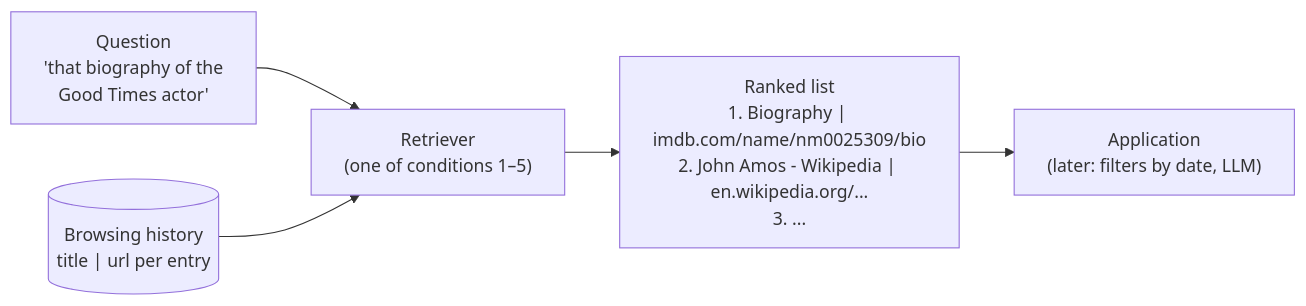
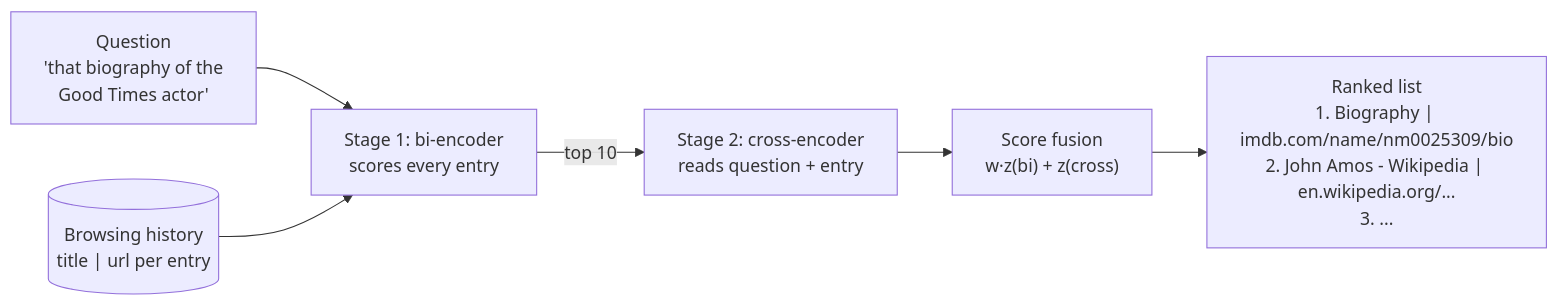
Before and after one commit to Adi-Ram123/Breadcrumbs-History-Retriever: the first of 2 diagrams in README.md, drawn with Mermaid. The commit also changed other lines of this file and 2 other files, not shown here.

Commit message:
README matches report.md; remove app and Part 2 references from README, PLAN.md and scores.md

````diff
--- a/README.md
+++ b/README.md
@@ -27,7 +35,8 @@
 ```mermaid
 flowchart LR
-    Q["Question<br/>'that biography of the<br/>Good Times actor'"] --> R["Retriever<br/>(one of conditions 1–5)"]
-    H[("Browsing history<br/>title | url per entry")] --> R
-    R --> L["Ranked list<br/>1. Biography | imdb.com/name/nm0025309/bio<br/>2. John Amos - Wikipedia | en.wikipedia.org/...<br/>3. ..."]
-    L --> A["Application<br/>(later: filters by date, LLM)"]
+    Q["Question<br/>'that biography of the<br/>Good Times actor'"] --> S1["Stage 1: bi-encoder<br/>scores every entry"]
+    H[("Browsing history<br/>title | url per entry")] --> S1
+    S1 -->|top 10| S2["Stage 2: cross-encoder<br/>reads question + entry"]
+    S2 --> F["Score fusion<br/>w·z(bi) + z(cross)"]
+    F --> L["Ranked list<br/>1. Biography | imdb.com/name/nm0025309/bio<br/>2. John Amos - Wikipedia | en.wikipedia.org/...<br/>3. ..."]
 ```
````
